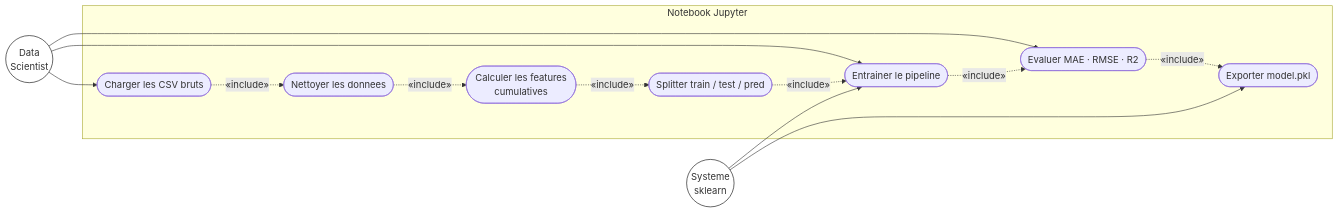
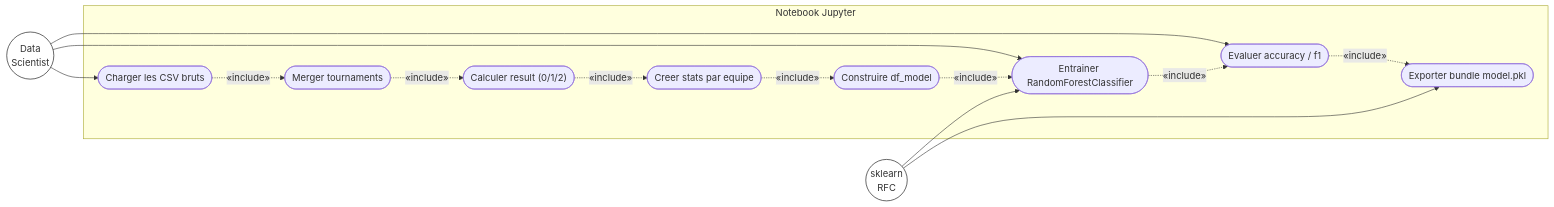
One commit to quentinete2/Data_ai_Foot_Quentin_Thibaud changed the second of 2 diagrams in Ressources/2.spec/01_etl_pipeline.md. Above: the diagram before and after it, drawn with Mermaid. The commit also changed other lines of this file and 11 other files, not shown here.

````diff
--- a/Ressources/2.spec/01_etl_pipeline.md
+++ b/Ressources/2.spec/01_etl_pipeline.md
@@ -97,30 +125,32 @@
 ```mermaid
 graph LR
     DS((Data\nScientist))
-    SYS((Systeme\nsklearn))
+    SYS((sklearn\nRFC))
 
     subgraph NB ["Notebook Jupyter"]
         UC1(["Charger les CSV bruts"])
-        UC2(["Nettoyer les donnees"])
-        UC3(["Calculer les features\ncumulatives"])
-        UC4(["Splitter train / test / pred"])
-        UC5(["Entrainer le pipeline"])
-        UC6(["Evaluer MAE · RMSE · R2"])
-        UC7(["Exporter model.pkl"])
+        UC2(["Merger tournaments"])
+        UC3(["Calculer result (0/1/2)"])
+        UC4(["Creer stats par equipe"])
+        UC5(["Construire df_model"])
+        UC6(["Entrainer RandomForestClassifier"])
+        UC7(["Evaluer accuracy / f1"])
+        UC8(["Exporter bundle model.pkl"])
     end
 
     DS --> UC1
-    DS --> UC5
     DS --> UC6
+    DS --> UC7
     UC1 -.->|«include»| UC2
     UC2 -.->|«include»| UC3
     UC3 -.->|«include»| UC4
     UC4 -.->|«include»| UC5
     UC5 -.->|«include»| UC6
     UC6 -.->|«include»| UC7
-    SYS --> UC5
-    SYS --> UC7
+    UC7 -.->|«include»| UC8
+    SYS --> UC6
+    SYS --> UC8
 
     style DS fill:#fff,stroke:#000
     style SYS fill:#fff,stroke:#000
 ```
````
